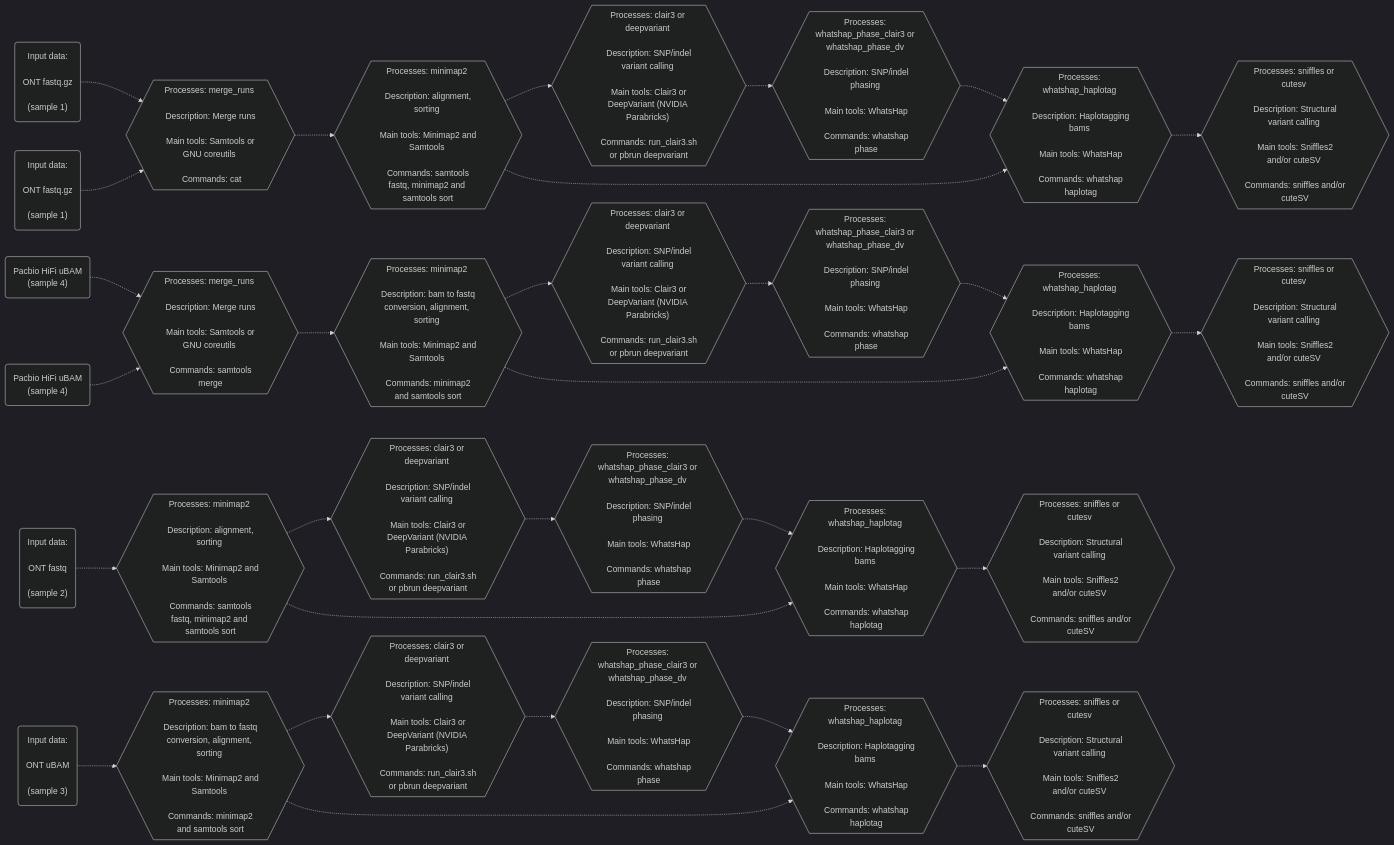
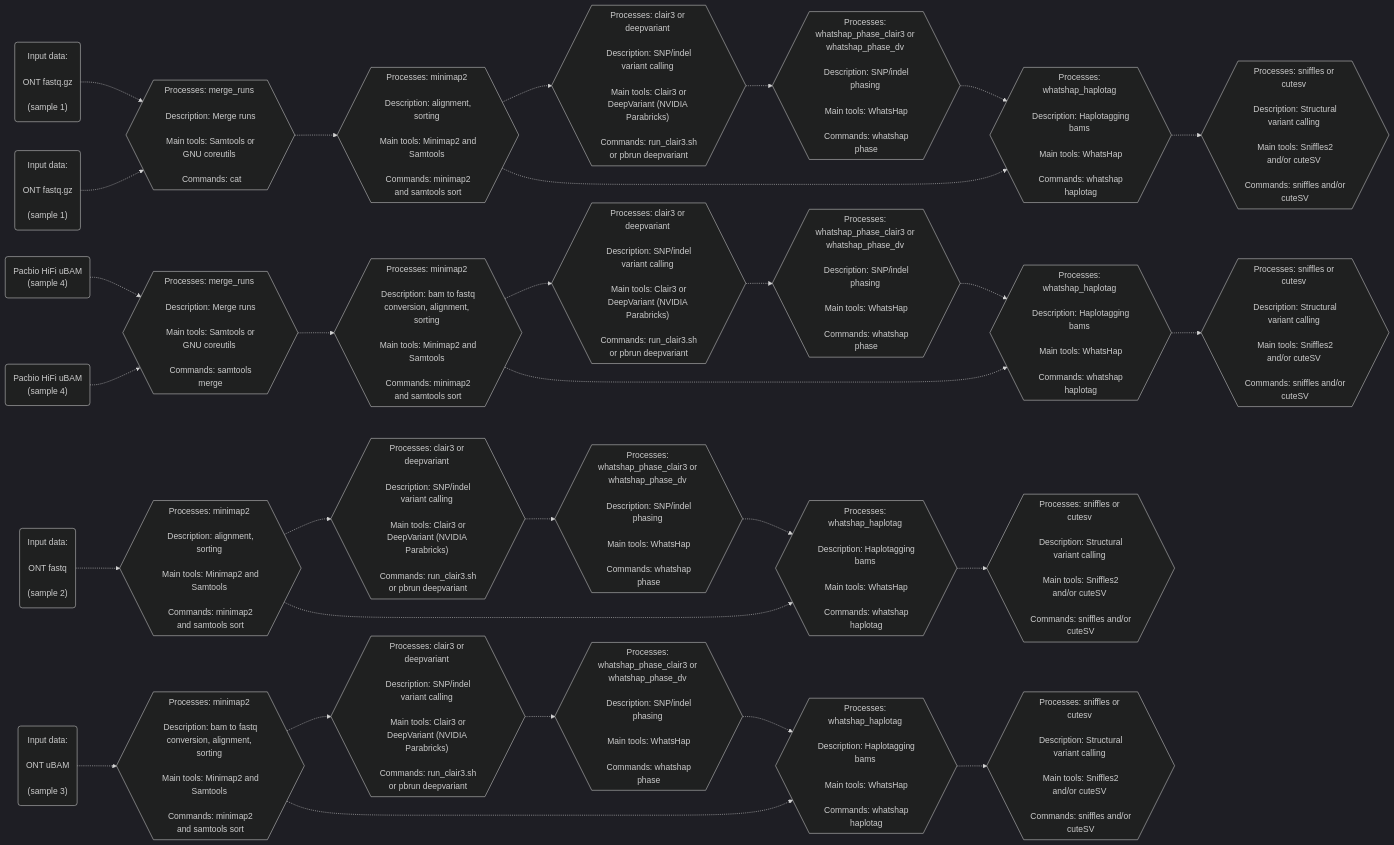
The second of 2 diagrams in README.md (leahkemp/pipeface), drawn with Mermaid before and after one commit.

````diff
--- a/README.md
+++ b/README.md
@@ -35,54 +35,54 @@
 ```mermaid
 %%{init: {'theme':'dark'}}%%
 flowchart LR
 
 ont_data_f1("Input data: \n\n ONT fastq.gz \n\n (sample 1)")
 ont_data_f2("Input data: \n\n ONT fastq.gz \n\n (sample 1)")
 ont_data_f3("Input data: \n\n ONT fastq \n\n (sample 2)")
 ont_data_f4("Input data: \n\n ONT uBAM \n\n (sample 3)")
 
 pacbio_data_f5("Pacbio HiFi uBAM \n (sample 4)")
 pacbio_data_f6("Pacbio HiFi uBAM \n (sample 4)")
 
 merging_m1{{"Processes: merge_runs \n\n Description: Merge runs \n\n Main tools: Samtools or GNU coreutils \n\n Commands: cat"}}
 merging_m2{{"Processes: merge_runs \n\n Description: Merge runs \n\n Main tools: Samtools or GNU coreutils \n\n Commands: samtools merge"}}
 
-alignment_s1{{"Processes: minimap2 \n\n Description: alignment, sorting \n\n Main tools: Minimap2 and Samtools \n\n Commands: samtools fastq, minimap2 and samtools sort"}}
-alignment_s2{{"Processes: minimap2 \n\n Description: alignment, sorting \n\n Main tools: Minimap2 and Samtools \n\n Commands: samtools fastq, minimap2 and samtools sort"}}
+alignment_s1{{"Processes: minimap2 \n\n Description: alignment, sorting \n\n Main tools: Minimap2 and Samtools \n\n Commands: minimap2 and samtools sort"}}
+alignment_s2{{"Processes: minimap2 \n\n Description: alignment, sorting \n\n Main tools: Minimap2 and Samtools \n\n Commands: minimap2 and samtools sort"}}
 alignment_s3{{"Processes: minimap2 \n\n Description: bam to fastq conversion, alignment, sorting \n\n Main tools: Minimap2 and Samtools \n\n Commands: minimap2 and samtools sort"}}
 alignment_s4{{"Processes: minimap2 \n\n Description: bam to fastq conversion, alignment, sorting \n\n Main tools: Minimap2 and Samtools \n\n Commands: minimap2 and samtools sort"}}
 
 snp_indel_calling_s1{{"Processes: clair3 or deepvariant \n\n Description: SNP/indel variant calling \n\n Main tools: Clair3 or DeepVariant (NVIDIA Parabricks) \n\n Commands: run_clair3.sh or pbrun deepvariant"}}
 snp_indel_calling_s2{{"Processes: clair3 or deepvariant \n\n Description: SNP/indel variant calling \n\n Main tools: Clair3 or DeepVariant (NVIDIA Parabricks) \n\n Commands: run_clair3.sh or pbrun deepvariant"}}
 snp_indel_calling_s3{{"Processes: clair3 or deepvariant \n\n Description: SNP/indel variant calling \n\n Main tools: Clair3 or DeepVariant (NVIDIA Parabricks) \n\n Commands: run_clair3.sh or pbrun deepvariant"}}
 snp_indel_calling_s4{{"Processes: clair3 or deepvariant \n\n Description: SNP/indel variant calling \n\n Main tools: Clair3 or DeepVariant (NVIDIA Parabricks) \n\n Commands: run_clair3.sh or pbrun deepvariant"}}
 
 snp_indel_phasing_s1{{"Processes: whatshap_phase_clair3 or whatshap_phase_dv \n\n Description: SNP/indel phasing \n\n Main tools: WhatsHap \n\n Commands: whatshap phase"}}
 snp_indel_phasing_s2{{"Processes: whatshap_phase_clair3 or whatshap_phase_dv \n\n Description: SNP/indel phasing \n\n Main tools: WhatsHap \n\n Commands: whatshap phase"}}
 snp_indel_phasing_s3{{"Processes: whatshap_phase_clair3 or whatshap_phase_dv \n\n Description: SNP/indel phasing \n\n Main tools: WhatsHap \n\n Commands: whatshap phase"}}
 snp_indel_phasing_s4{{"Processes: whatshap_phase_clair3 or whatshap_phase_dv \n\n Description: SNP/indel phasing \n\n Main tools: WhatsHap \n\n Commands: whatshap phase"}}
 
 haplotagging_s1{{"Processes: whatshap_haplotag \n\n Description: Haplotagging bams \n\n Main tools: WhatsHap \n\n Commands: whatshap haplotag"}}
 haplotagging_s2{{"Processes: whatshap_haplotag \n\n Description: Haplotagging bams \n\n Main tools: WhatsHap \n\n Commands: whatshap haplotag"}}
 haplotagging_s3{{"Processes: whatshap_haplotag \n\n Description: Haplotagging bams \n\n Main tools: WhatsHap \n\n Commands: whatshap haplotag"}}
 haplotagging_s4{{"Processes: whatshap_haplotag \n\n Description: Haplotagging bams \n\n Main tools: WhatsHap \n\n Commands: whatshap haplotag"}}
 
 sv_calling_s1{{"Processes: sniffles or cutesv \n\n Description: Structural variant calling \n\n Main tools: Sniffles2 and/or cuteSV \n\n Commands: sniffles and/or cuteSV"}}
 sv_calling_s2{{"Processes: sniffles or cutesv \n\n Description: Structural variant calling \n\n Main tools: Sniffles2 and/or cuteSV \n\n Commands: sniffles and/or cuteSV"}}
 sv_calling_s3{{"Processes: sniffles or cutesv \n\n Description: Structural variant calling \n\n Main tools: Sniffles2 and/or cuteSV \n\n Commands: sniffles and/or cuteSV"}}
 sv_calling_s4{{"Processes: sniffles or cutesv \n\n Description: Structural variant calling \n\n Main tools: Sniffles2 and/or cuteSV \n\n Commands: sniffles and/or cuteSV"}}
 
 ont_data_f1-.->merging_m1-.->alignment_s1-.->snp_indel_calling_s1-.->snp_indel_phasing_s1-.->haplotagging_s1-.->sv_calling_s1
 ont_data_f2-.->merging_m1
 ont_data_f3-.->alignment_s2-.->snp_indel_calling_s2-.->snp_indel_phasing_s2-.->haplotagging_s2-.->sv_calling_s2
 ont_data_f4-.->alignment_s3-.->snp_indel_calling_s3-.->snp_indel_phasing_s3-.->haplotagging_s3-.->sv_calling_s3
 
 pacbio_data_f5-.->merging_m2-.->alignment_s4-.->snp_indel_calling_s4-.->snp_indel_phasing_s4-.->haplotagging_s4-.->sv_calling_s4
 pacbio_data_f6-.->merging_m2
 
 alignment_s1-.->haplotagging_s1
 alignment_s2-.->haplotagging_s2
 alignment_s3-.->haplotagging_s3
 alignment_s4-.->haplotagging_s4
 
 ```
````
